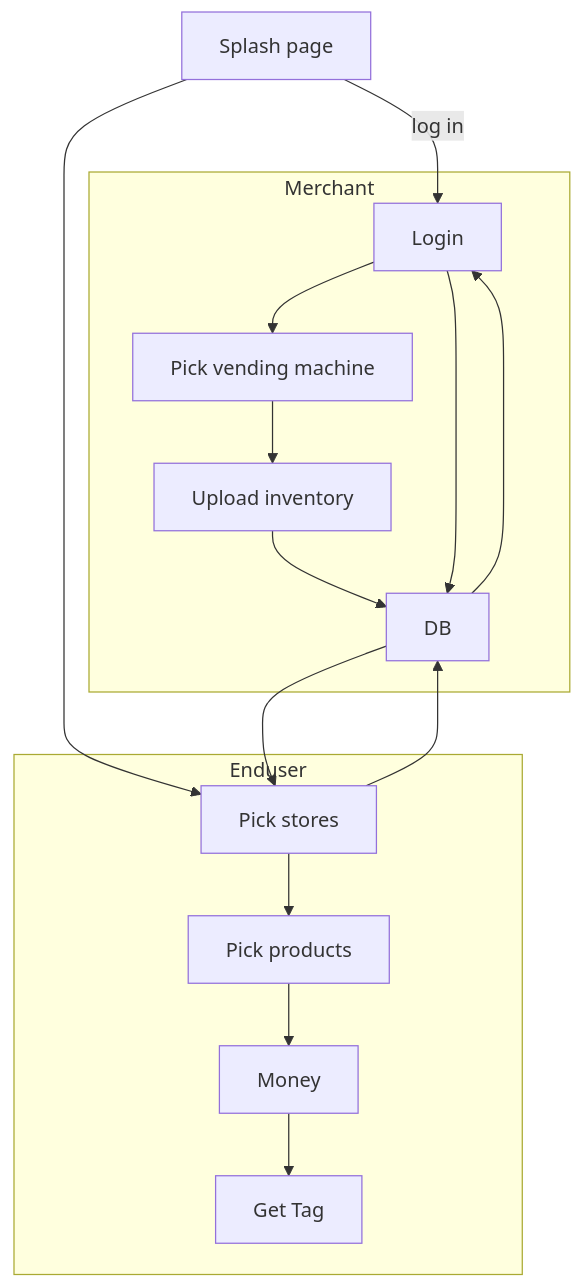
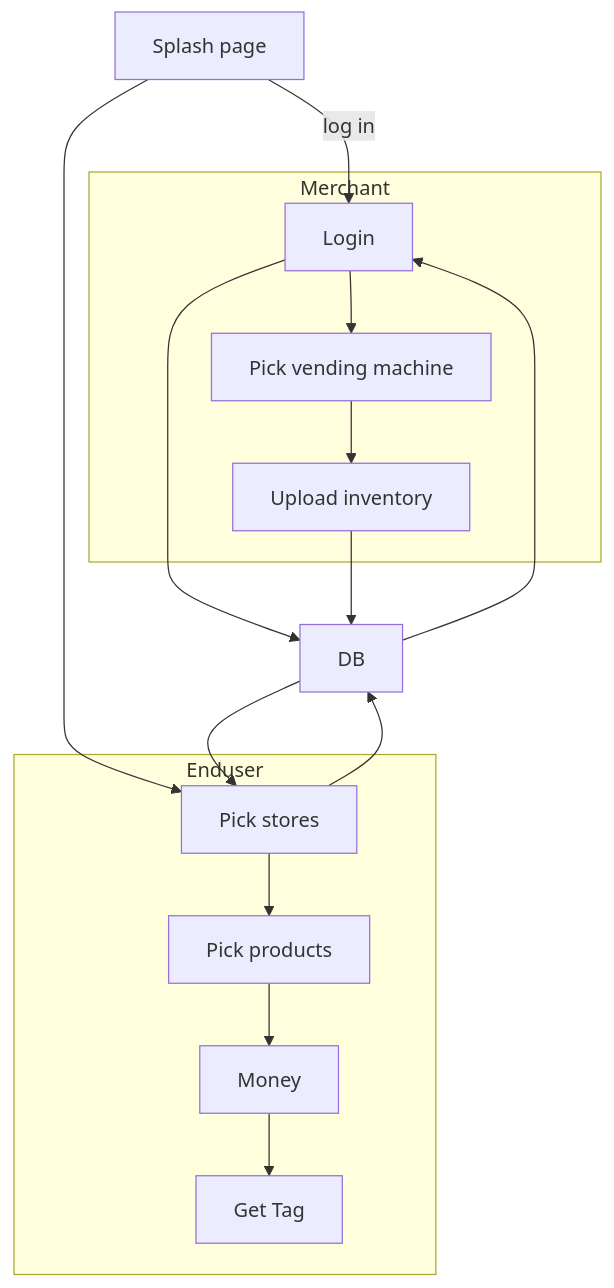
The diagram in README.md (mulefish/dispense_version3), drawn with Mermaid before and after one commit.

Commit message:
Markdown is hard

````diff
--- a/README.md
+++ b/README.md
@@ -22,33 +22,33 @@
 ```mermaid
     flowchart TB
     A[Splash page]
-    B[Login]
+    TheMerchant[Login]
     DB[DB]
     D[Pick stores]
     E[Pick products]
     F[Money]
     G[Get Tag]
     H[Pick vending machine]
     Inventory[Upload inventory]
 
 
-    A-- log in -->B
+    A-- log in -->TheMerchant
     subgraph Merchant
-        B-->H
+        TheMerchant-->H
         H-->Inventory
-        Inventory-->DB
     end
     
     A-->D
     subgraph Enduser
         D-->E
         E-->F
         F-->G
     end
     D-->DB
     DB-->D
 
-    B-->DB
-    DB-->B
+    TheMerchant-->DB
+    DB-->TheMerchant
+    Inventory-->DB
 
 ```
````
